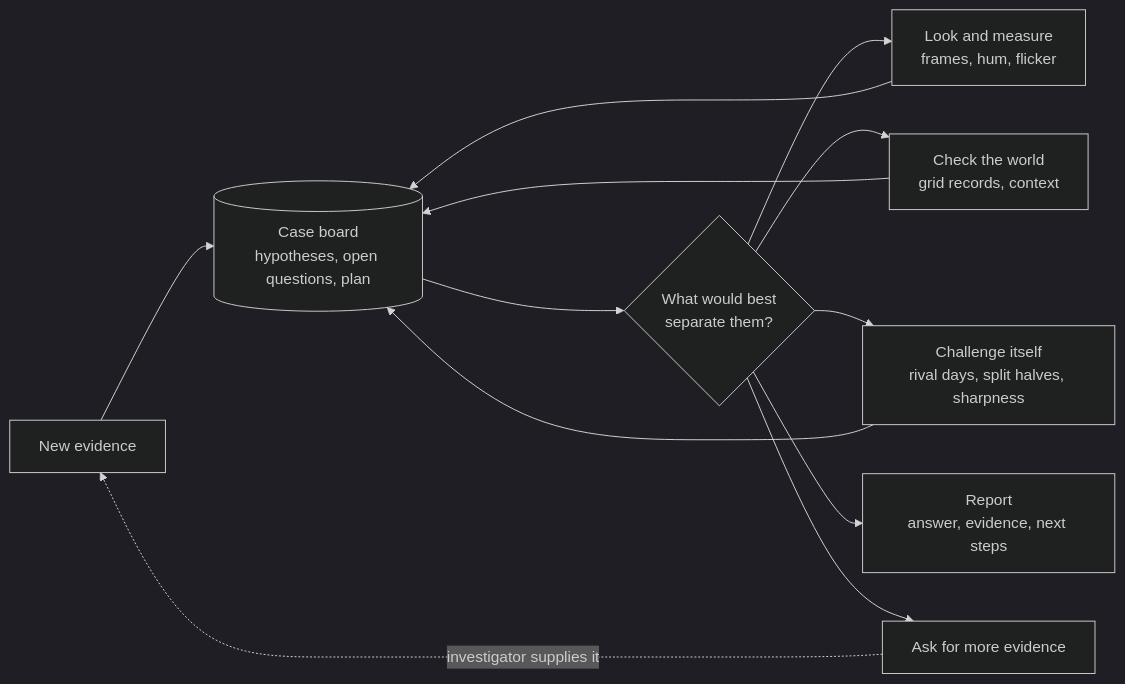
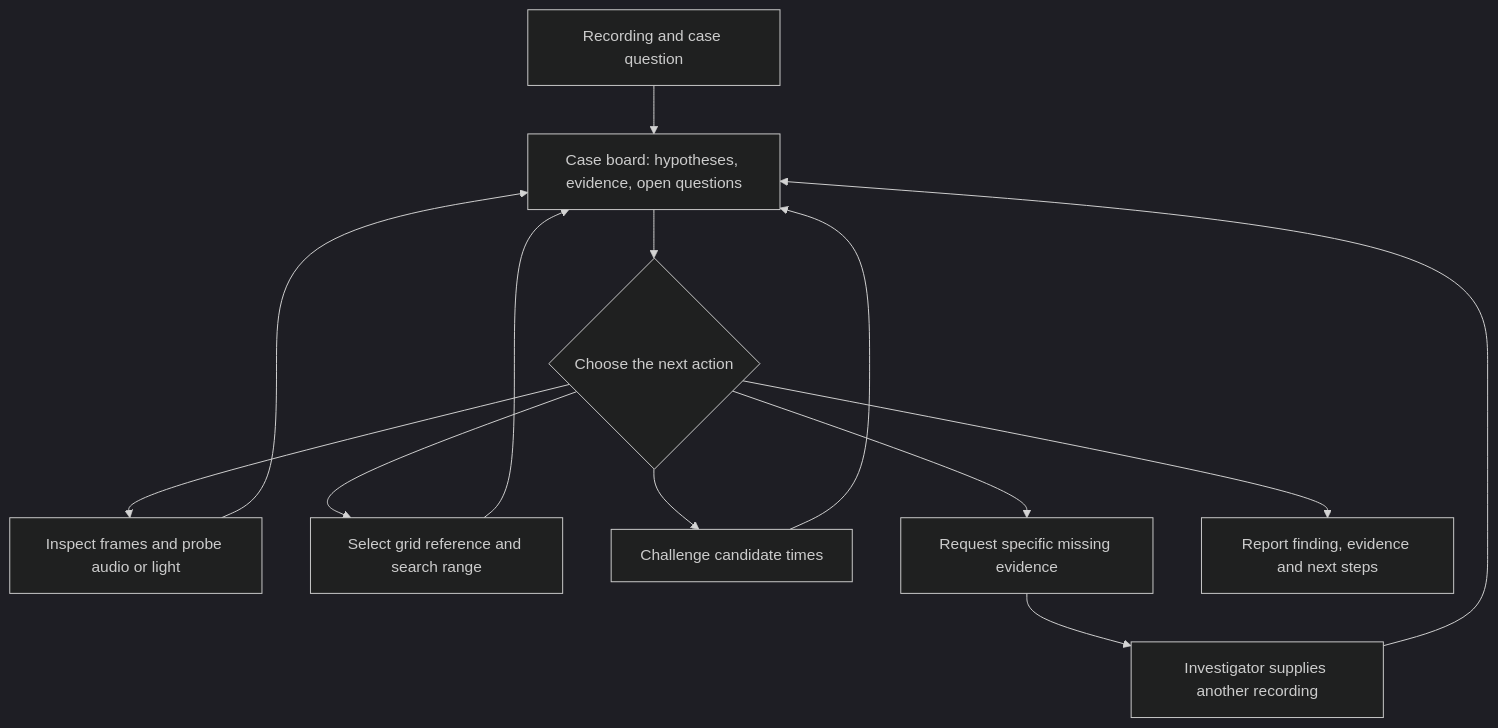
One commit to Banana-CCV/ghostclock-investigator changed the diagram in README.md. Above: the diagram before and after it, drawn with Mermaid (dark theme). The commit also changed other lines of this file and 10 other files, not shown here.

````diff
--- a/README.md
+++ b/README.md
@@ -44,14 +21,15 @@
 ```mermaid
-flowchart LR
-    E[New evidence] --> B[(Case board<br/>hypotheses, open questions, plan)]
-    B --> C{What would best<br/>separate them?}
-    C --> L[Look and measure<br/>frames, hum, flicker]
-    C --> W[Check the world<br/>grid records, context]
-    C --> X[Challenge itself<br/>rival days, split halves, sharpness]
-    L --> B
-    W --> B
-    X --> B
-    C --> R[Report<br/>answer, evidence, next steps]
-    C --> A[Ask for more evidence]
-    A -.investigator supplies it.-> E
+flowchart TD
+    E[Recording and case question] --> B[Case board: hypotheses, evidence, open questions]
+    B --> C{Choose the next action}
+    C --> V[Inspect frames and probe audio or light]
+    C --> G[Select grid reference and search range]
+    C --> T[Challenge candidate times]
+    V --> B
+    G --> B
+    T --> B
+    C --> A[Request specific missing evidence]
+    A --> H[Investigator supplies another recording]
+    H --> B
+    C --> R[Report finding, evidence and next steps]
 ```
````
